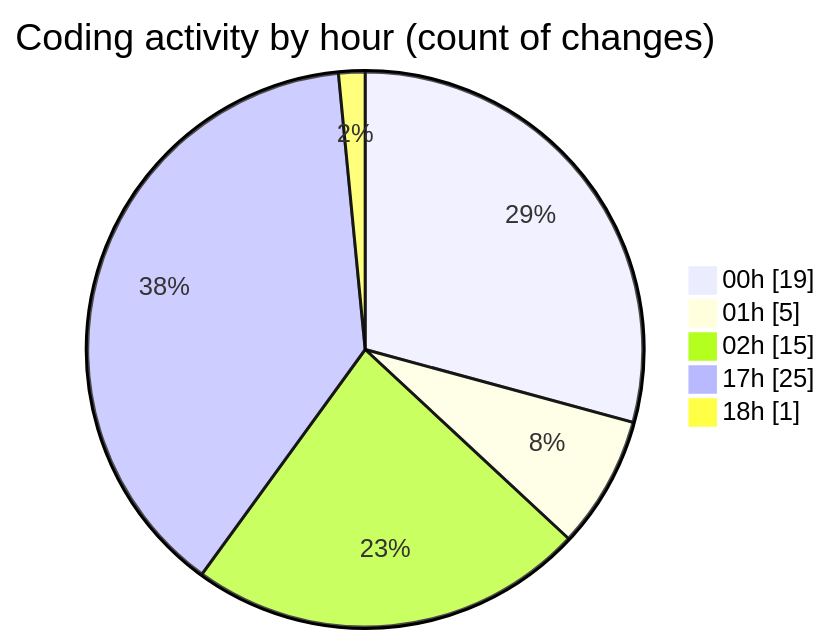
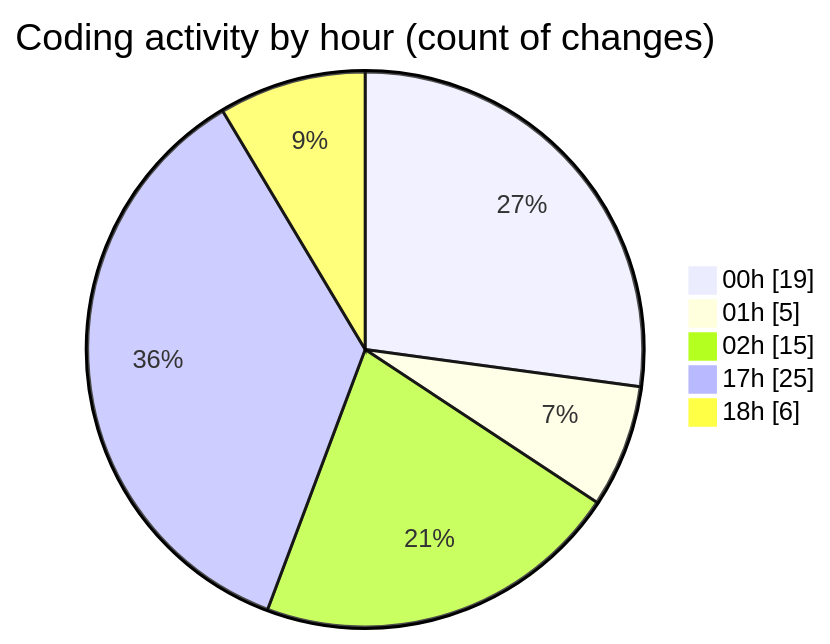
The second of 2 diagrams in 2025-02-14/elitegpt/README.md (Elitesun/code-tracking), drawn with Mermaid before and after one commit. The commit also changed other lines of this file and 1 other file, not shown here.

````diff
--- a/2025-02-14/elitegpt/README.md
+++ b/2025-02-14/elitegpt/README.md
@@ -43,9 +44,9 @@
 ```mermaid
 pie showData
 title Coding activity by hour (count of changes)
 "00h" : 19
 "01h" : 5
 "02h" : 15
 "17h" : 25
-"18h" : 1
+"18h" : 6
 ```
````
